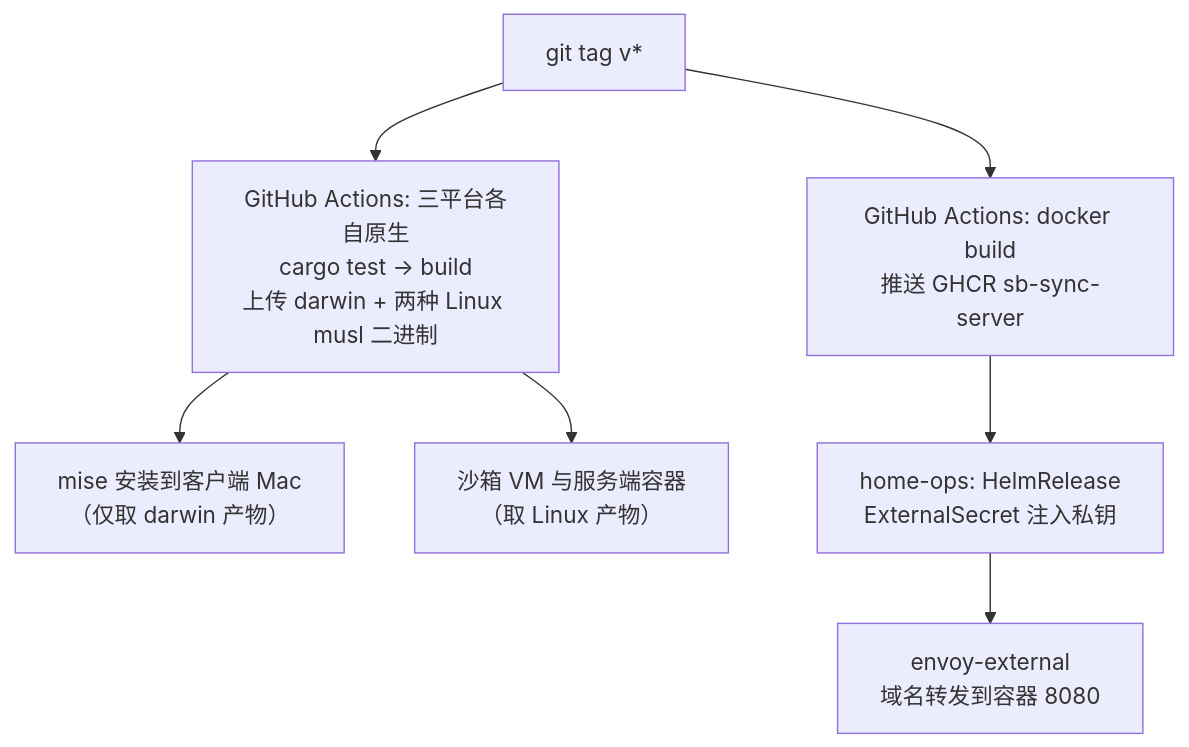
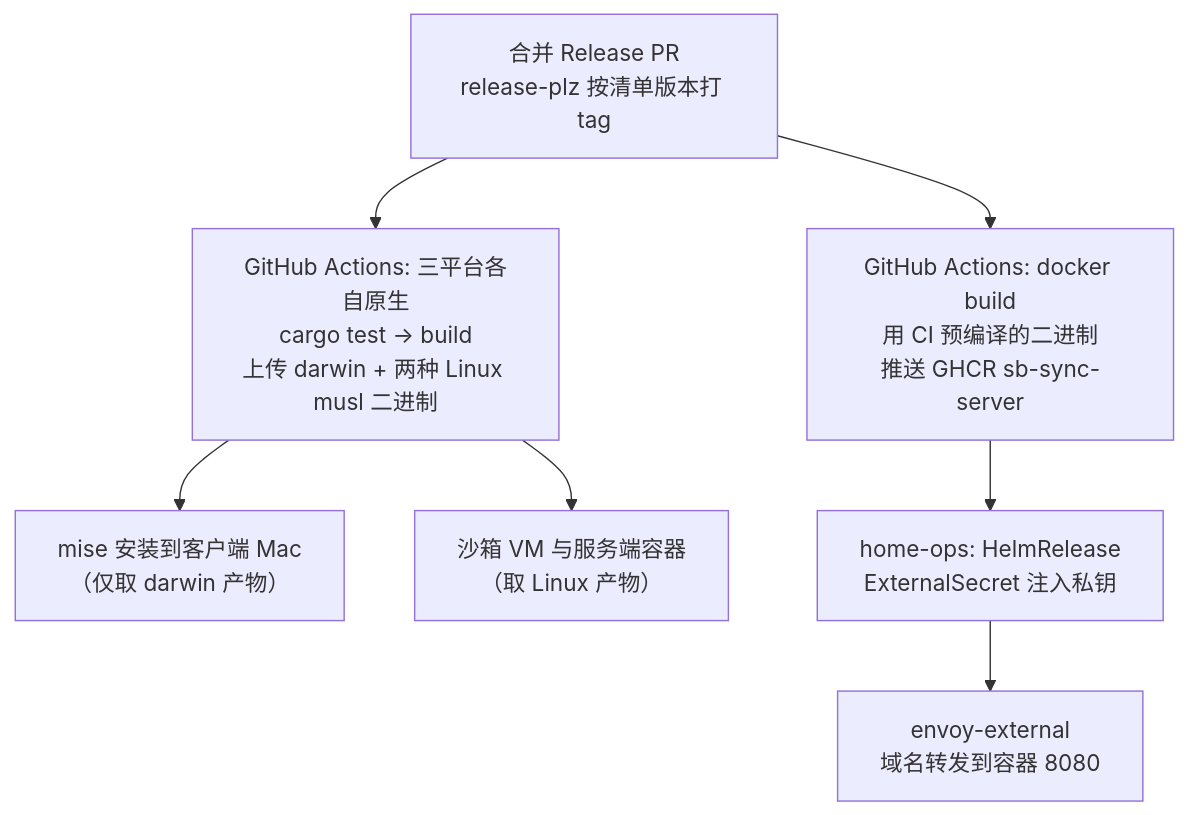
Before and after one commit to shelken/proxy: the fourth of 4 diagrams in docs/sb-sync.md, drawn with Mermaid. The commit also changed other lines of this file and 12 other files, not shown here.

First line of the commit message:
feat(ci): 版本统一由 release-plz 驱动，发布链路改为先验证后公开

````diff
--- a/docs/sb-sync.md
+++ b/docs/sb-sync.md
@@ -263,9 +263,9 @@
 ```mermaid
 flowchart TD
-    TAG["git tag v*"] --> BIN["GitHub Actions: 三平台各自原生<br/>cargo test → build<br/>上传 darwin + 两种 Linux musl 二进制"]
-    TAG --> IMG["GitHub Actions: docker build<br/>推送 GHCR sb-sync-server"]
+    TAG["合并 Release PR<br/>release-plz 按清单版本打 tag"] --> BIN["GitHub Actions: 三平台各自原生<br/>cargo test → build<br/>上传 darwin + 两种 Linux musl 二进制"]
+    TAG --> IMG["GitHub Actions: docker build<br/>用 CI 预编译的二进制<br/>推送 GHCR sb-sync-server"]
     BIN --> MISE["mise 安装到客户端 Mac<br/>（仅取 darwin 产物）"]
     BIN --> BOX["沙箱 VM 与服务端容器<br/>（取 Linux 产物）"]
     IMG --> HO["home-ops: HelmRelease<br/>ExternalSecret 注入私钥"]
     HO --> GW["envoy-external<br/>域名转发到容器 8080"]
 ```
````
